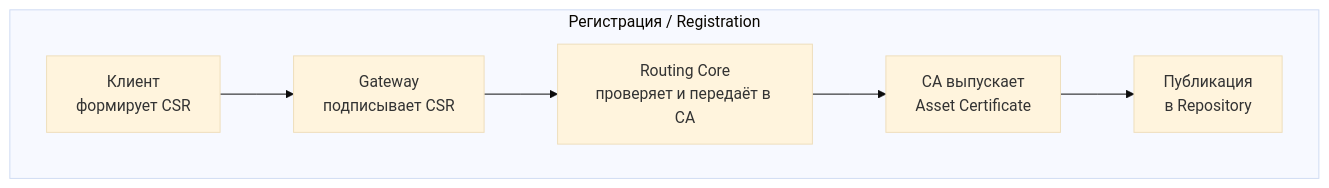
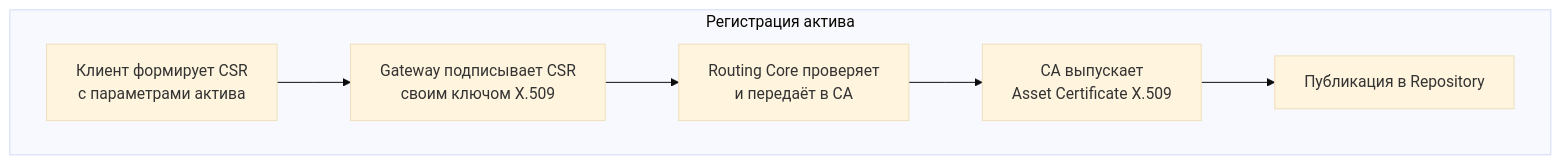
Before and after one commit to alexandrzasypkin/TRS: the fourth of 5 diagrams in wiki/TRS_14.md, drawn with Mermaid. The commit also changed other lines of this file and 2 other files, not shown here.

````diff
--- a/wiki/TRS_14.md
+++ b/wiki/TRS_14.md
@@ -113,10 +472,13 @@
 ```mermaid
 %%{init: {'flowchart': { 'layout': 'elk', 'curve': 'linear' }, 'theme': 'base' } }%%
 flowchart TB
-  subgraph REG[Регистрация / Registration]
-    UA[Клиент<br/>формирует CSR] --> GWS[Gateway<br/>подписывает CSR]
-    GWS --> RCS[Routing Core<br/>проверяет и передаёт в CA]
-    RCS --> CAS[CA выпускает<br/>Asset Certificate]
-    CAS --> PRS[Публикация<br/>в Repository]
+  subgraph REG[Регистрация актива]
+    UA[Клиент формирует CSR<br/>с параметрами актива] 
+    GWS[Gateway подписывает CSR<br/>своим ключом X.509]
+    RCS[Routing Core проверяет<br/>и передаёт в CA]
+    CAS[CA выпускает<br/>Asset Certificate X.509]
+    PRS[Публикация в Repository]
+    
+    UA --> GWS --> RCS --> CAS --> PRS
   end
 ```
````
